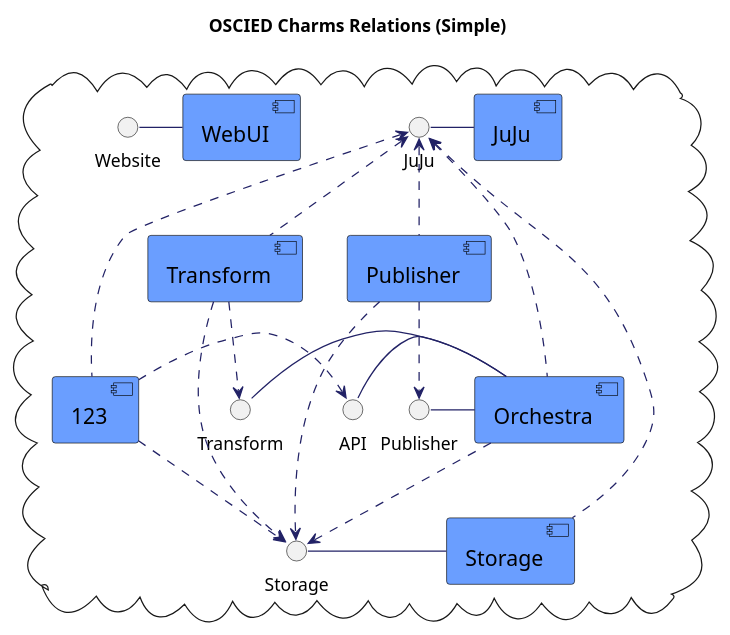
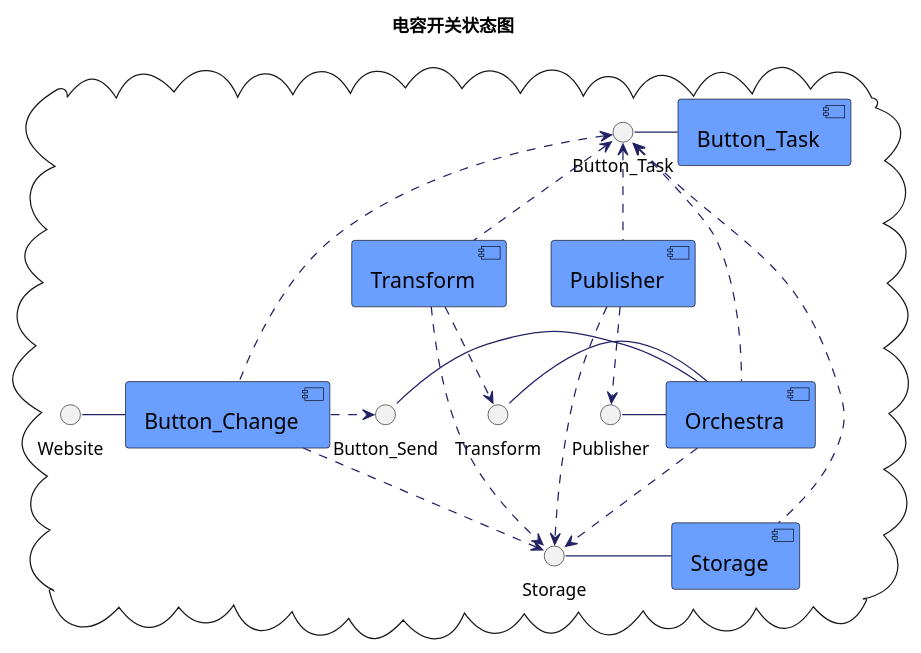
Before and after one commit to yongjian-peng/learning-record: the diagram in PUML/test2.puml, drawn with PlantUML. The commit also changed 2 other files, not shown here.

Commit message:
添加流程图

```diff
--- a/PUML/test2.puml
+++ b/PUML/test2.puml
@@ -2,50 +2,50 @@
 @startuml
 
 skinparam component {
     FontColor          black
     AttributeFontColor black
     FontSize           17
     AttributeFontSize  15
     AttributeFontname  Droid Sans Mono
     BackgroundColor    #6A9EFF
     BorderColor        black
     ArrowColor         #222266
 }
 
-title "OSCIED Charms Relations (Simple)"
+title "电容开关状态图"
 skinparam componentStyle uml2
 
 cloud {
-    interface "JuJu" as juju
-    interface "API" as api
+    interface "Button_Task" as button_task
+    interface "Button_Send" as api
     interface "Storage" as storage
     interface "Transform" as transform
     interface "Publisher" as publisher
     interface "Website" as website
 
-    juju - [JuJu]
+    button_task - [Button_Task]
 
-    website - [WebUI]
-    [123] .up.> juju
-    [123] .down.> storage
-    [123] .right.> api
+    website - [Button_Change]
+    [Button_Change] .up.> button_task
+    [Button_Change] .down.> storage
+    [Button_Change] .right.> api
 
     api - [Orchestra]
     transform - [Orchestra]
     publisher - [Orchestra]
-    [Orchestra] .up.> juju
+    [Orchestra] .up.> button_task
     [Orchestra] .down.> storage
 
-    [Transform] .up.> juju
+    [Transform] .up.> button_task
     [Transform] .down.> storage
     [Transform] ..> transform
 
-    [Publisher] .up.> juju
+    [Publisher] .up.> button_task
     [Publisher] .down.> storage
     [Publisher] ..> publisher
 
     storage - [Storage]
-    [Storage] .up.> juju
+    [Storage] .up.> button_task
 }
 
 @enduml
```
